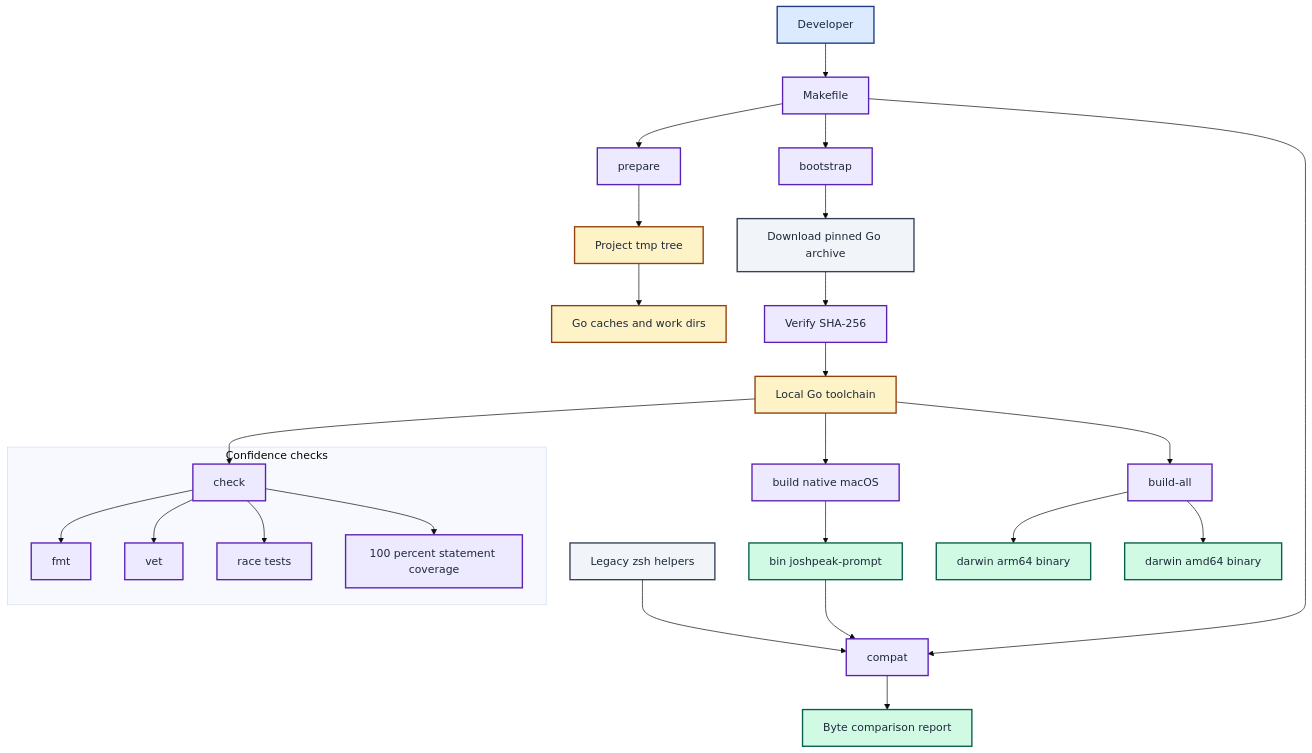
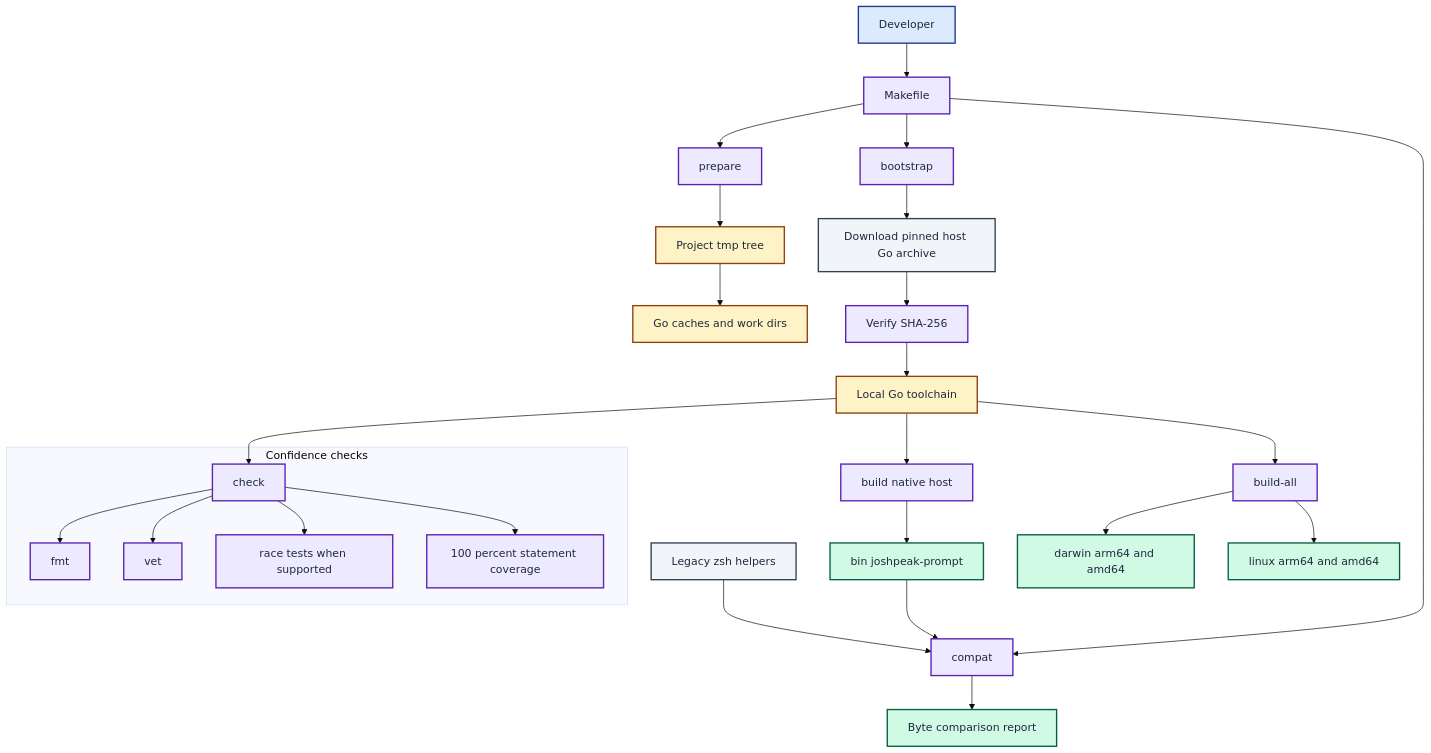
The eighth of 8 diagrams in joshpeak-prompt/ARCHITECTURE.md (neozenith/dotfiles), drawn with Mermaid (base theme) before and after one commit. The commit also changed other lines of this file and 13 other files, not shown here.

First line of the commit message:
feat: Support Linux (Raspberry Pi 4) alongside macOS with host-detected builds

````diff
--- a/joshpeak-prompt/ARCHITECTURE.md
+++ b/joshpeak-prompt/ARCHITECTURE.md
@@ -405,35 +407,35 @@
 ```mermaid
 flowchart TD
     Developer["Developer"]:::input --> Make["Makefile"]:::process
     Make --> Prepare["prepare"]:::process
     Prepare --> Tmp["Project tmp tree"]:::storage
     Tmp --> Caches["Go caches and work dirs"]:::storage
     Make --> Bootstrap["bootstrap"]:::process
-    Bootstrap --> Download["Download pinned Go archive"]:::external
+    Bootstrap --> Download["Download pinned host Go archive"]:::external
     Download --> Verify["Verify SHA-256"]:::process
     Verify --> Toolchain["Local Go toolchain"]:::storage
 
     Toolchain --> Check["check"]:::process
     subgraph Confidence["Confidence checks"]
         Check --> Fmt["fmt"]:::process
         Check --> Vet["vet"]:::process
-        Check --> Race["race tests"]:::process
+        Check --> Race["race tests when supported"]:::process
         Check --> Coverage["100 percent statement coverage"]:::process
     end
 
-    Toolchain --> Native["build native macOS"]:::process
+    Toolchain --> Native["build native host"]:::process
     Toolchain --> Cross["build-all"]:::process
     Native --> Binary["bin joshpeak-prompt"]:::output
-    Cross --> Arm["darwin arm64 binary"]:::output
-    Cross --> Intel["darwin amd64 binary"]:::output
+    Cross --> Darwin["darwin arm64 and amd64"]:::output
+    Cross --> Linux["linux arm64 and amd64"]:::output
     Make --> Compat["compat"]:::process
     Oracle["Legacy zsh helpers"]:::external --> Compat
     Binary --> Compat
     Compat --> Report["Byte comparison report"]:::output
 
     classDef input fill:#dbeafe,stroke:#1e3a8a,color:#1e293b,stroke-width:2px
     classDef process fill:#ede9fe,stroke:#5b21b6,color:#1e293b,stroke-width:2px
     classDef external fill:#f1f5f9,stroke:#334155,color:#1e293b,stroke-width:2px
     classDef storage fill:#fef3c7,stroke:#92400e,color:#1e293b,stroke-width:2px
     classDef output fill:#d1fae5,stroke:#065f46,color:#1e293b,stroke-width:2px
 ```
````
